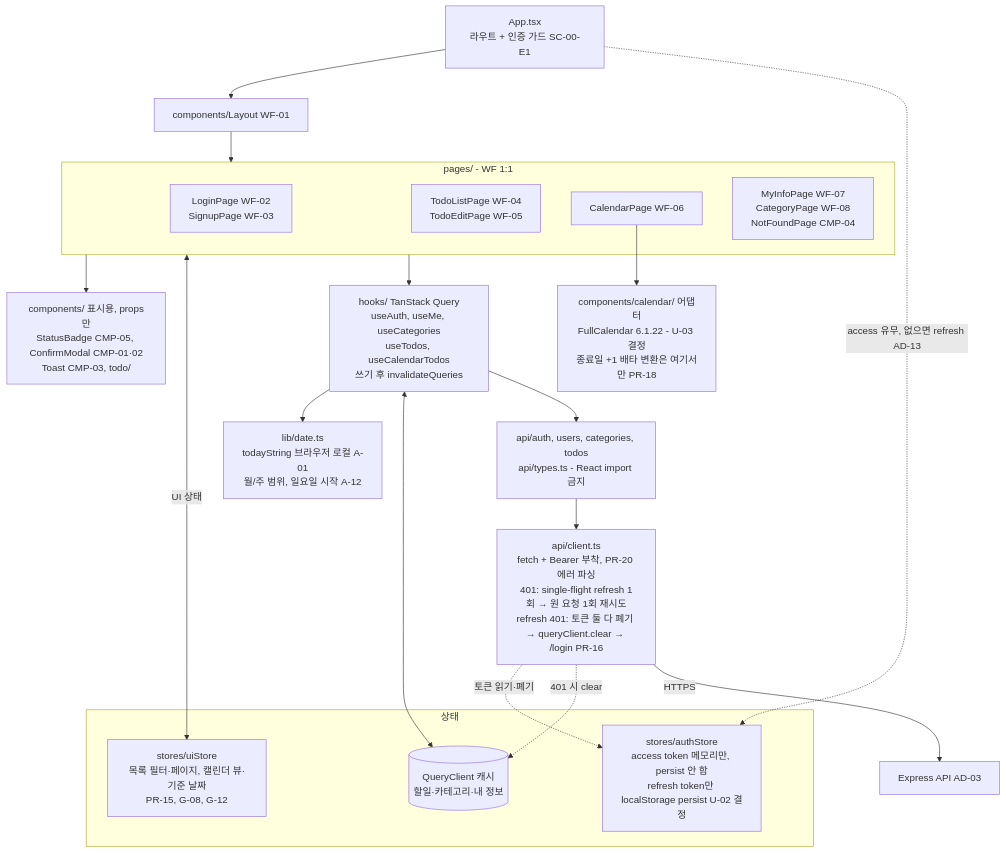
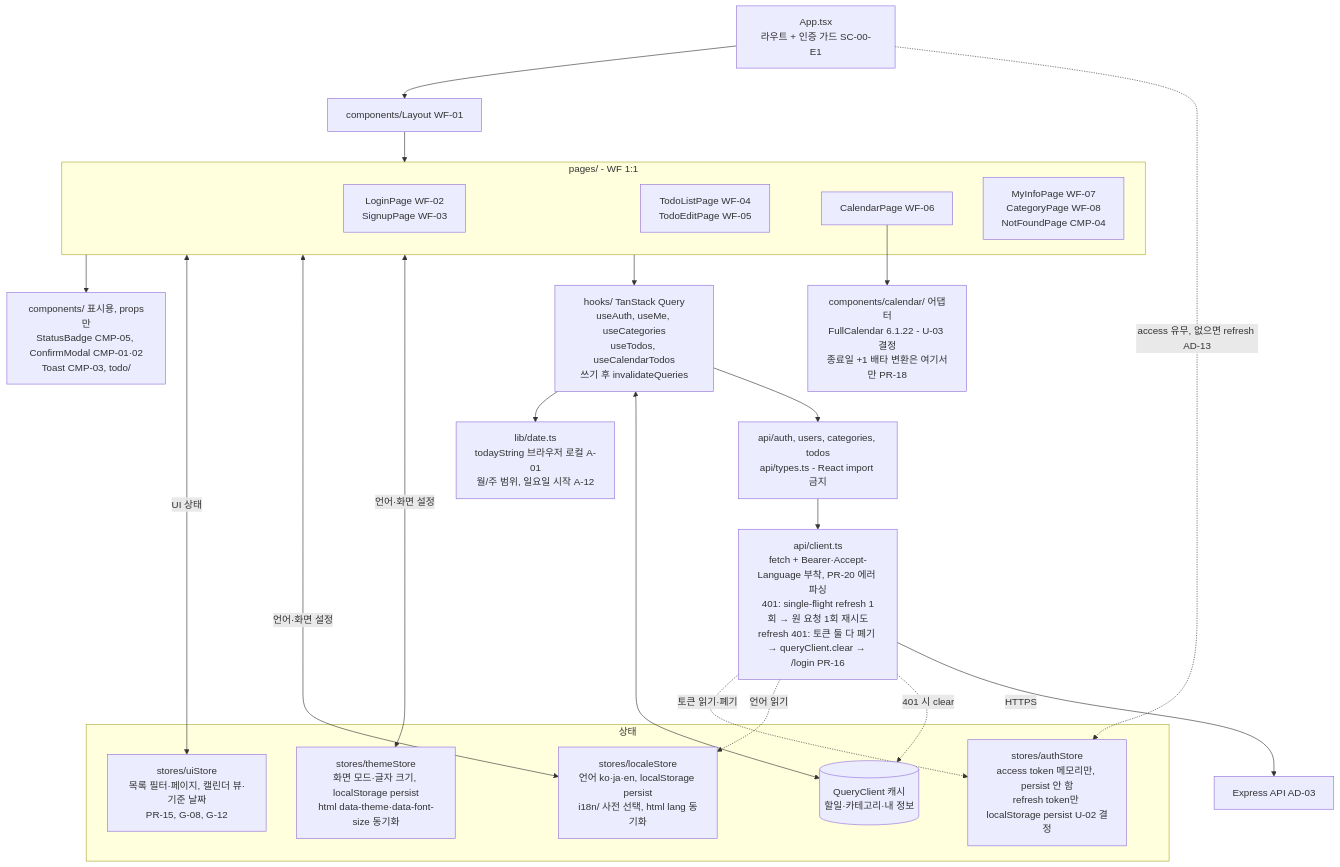
One commit to chaenamo/todolist-app changed the second of 12 diagrams in docs/6-arch-diagram.md. Above: the diagram before and after it, drawn with Mermaid. The commit also changed other lines of this file and 64 other files, not shown here.

````diff
--- a/docs/6-arch-diagram.md
+++ b/docs/6-arch-diagram.md
@@ -84,40 +86,45 @@
 ```mermaid
 flowchart TB
     APP["App.tsx<br/>라우트 + 인증 가드 SC-00-E1"]
     LAYOUT["components/Layout WF-01"]
 
     subgraph PAGES["pages/ - WF 1:1"]
         PA["LoginPage WF-02<br/>SignupPage WF-03"]
         PT["TodoListPage WF-04<br/>TodoEditPage WF-05"]
         PC["CalendarPage WF-06"]
         PM["MyInfoPage WF-07<br/>CategoryPage WF-08<br/>NotFoundPage CMP-04"]
     end
 
     COMP["components/ 표시용, props만<br/>StatusBadge CMP-05, ConfirmModal CMP-01·02<br/>Toast CMP-03, todo/"]
     CALAD["components/calendar/ 어댑터<br/>FullCalendar 6.1.22 - U-03 결정<br/>종료일 +1 배타 변환은 여기서만 PR-18"]
     LIB["lib/date.ts<br/>todayString 브라우저 로컬 A-01<br/>월/주 범위, 일요일 시작 A-12"]
 
     subgraph STATE["상태"]
         AUTHS["stores/authStore<br/>access token 메모리만, persist 안 함<br/>refresh token만 localStorage persist U-02 결정"]
         UIS["stores/uiStore<br/>목록 필터·페이지, 캘린더 뷰·기준 날짜<br/>PR-15, G-08, G-12"]
+        LOCS["stores/localeStore<br/>언어 ko·ja·en, localStorage persist<br/>i18n/ 사전 선택, html lang 동기화"]
+        THS["stores/themeStore<br/>화면 모드·글자 크기, localStorage persist<br/>html data-theme·data-font-size 동기화"]
         QC[("QueryClient 캐시<br/>할일·카테고리·내 정보")]
     end
 
     HOOKS["hooks/ TanStack Query<br/>useAuth, useMe, useCategories<br/>useTodos, useCalendarTodos<br/>쓰기 후 invalidateQueries"]
     APIR["api/auth, users, categories, todos<br/>api/types.ts - React import 금지"]
-    CLIENT["api/client.ts<br/>fetch + Bearer 부착, PR-20 에러 파싱<br/>401: single-flight refresh 1회 → 원 요청 1회 재시도<br/>refresh 401: 토큰 둘 다 폐기 → queryClient.clear → /login PR-16"]
+    CLIENT["api/client.ts<br/>fetch + Bearer·Accept-Language 부착, PR-20 에러 파싱<br/>401: single-flight refresh 1회 → 원 요청 1회 재시도<br/>refresh 401: 토큰 둘 다 폐기 → queryClient.clear → /login PR-16"]
     BE["Express API AD-03"]
 
     APP --> LAYOUT --> PAGES
     APP -.->|"access 유무, 없으면 refresh AD-13"| AUTHS
     PAGES --> COMP
     PC --> CALAD
     PAGES <-->|"UI 상태"| UIS
+    PAGES <-->|"언어·화면 설정"| LOCS
+    PAGES <-->|"언어·화면 설정"| THS
     PAGES --> HOOKS
     HOOKS --> LIB
     HOOKS <--> QC
     HOOKS --> APIR --> CLIENT
     CLIENT -.->|"토큰 읽기·폐기"| AUTHS
+    CLIENT -.->|"언어 읽기"| LOCS
     CLIENT -.->|"401 시 clear"| QC
     CLIENT -->|"HTTPS"| BE
 ```
````
